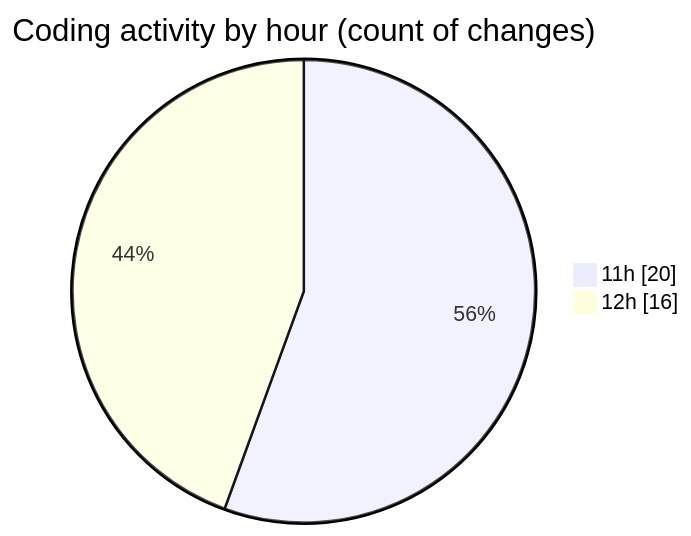
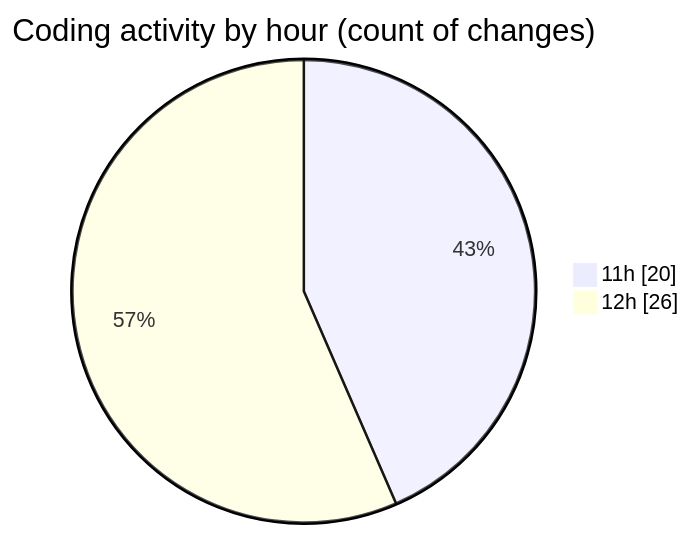
The second of 2 diagrams in 2025-12-11/nxtqube_webapp/README.md (nxtqubesakshisongat/code-tracking), drawn with Mermaid before and after one commit. The commit also changed other lines of this file and 1 other file, not shown here.

````diff
--- a/2025-12-11/nxtqube_webapp/README.md
+++ b/2025-12-11/nxtqube_webapp/README.md
@@ -38,6 +38,6 @@
 ```mermaid
 pie showData
 title Coding activity by hour (count of changes)
 "11h" : 20
-"12h" : 16
+"12h" : 26
 ```
````
